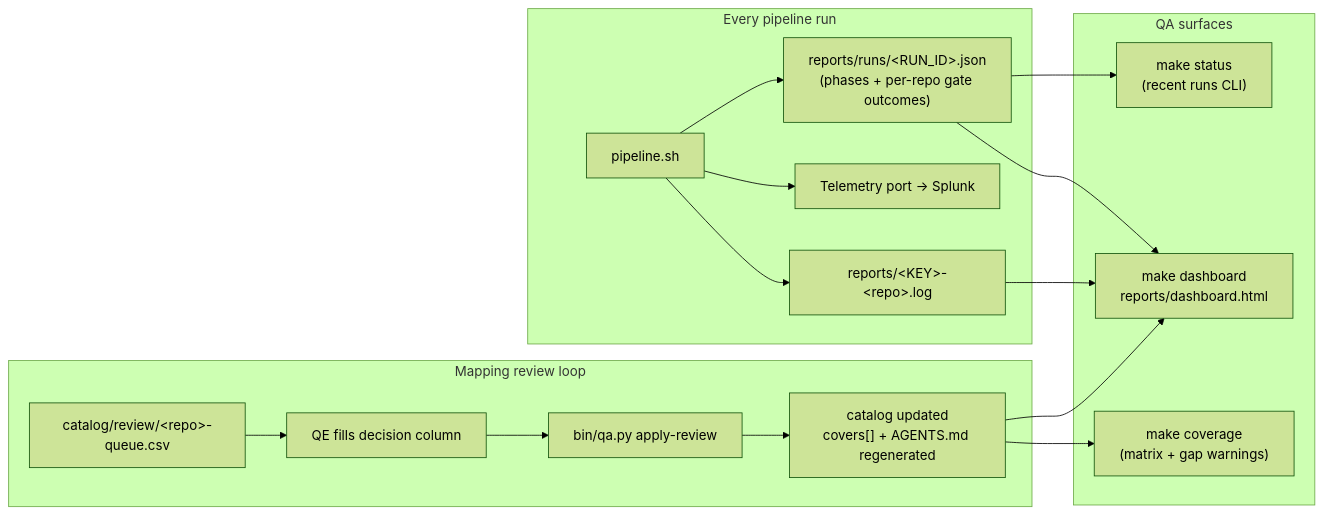
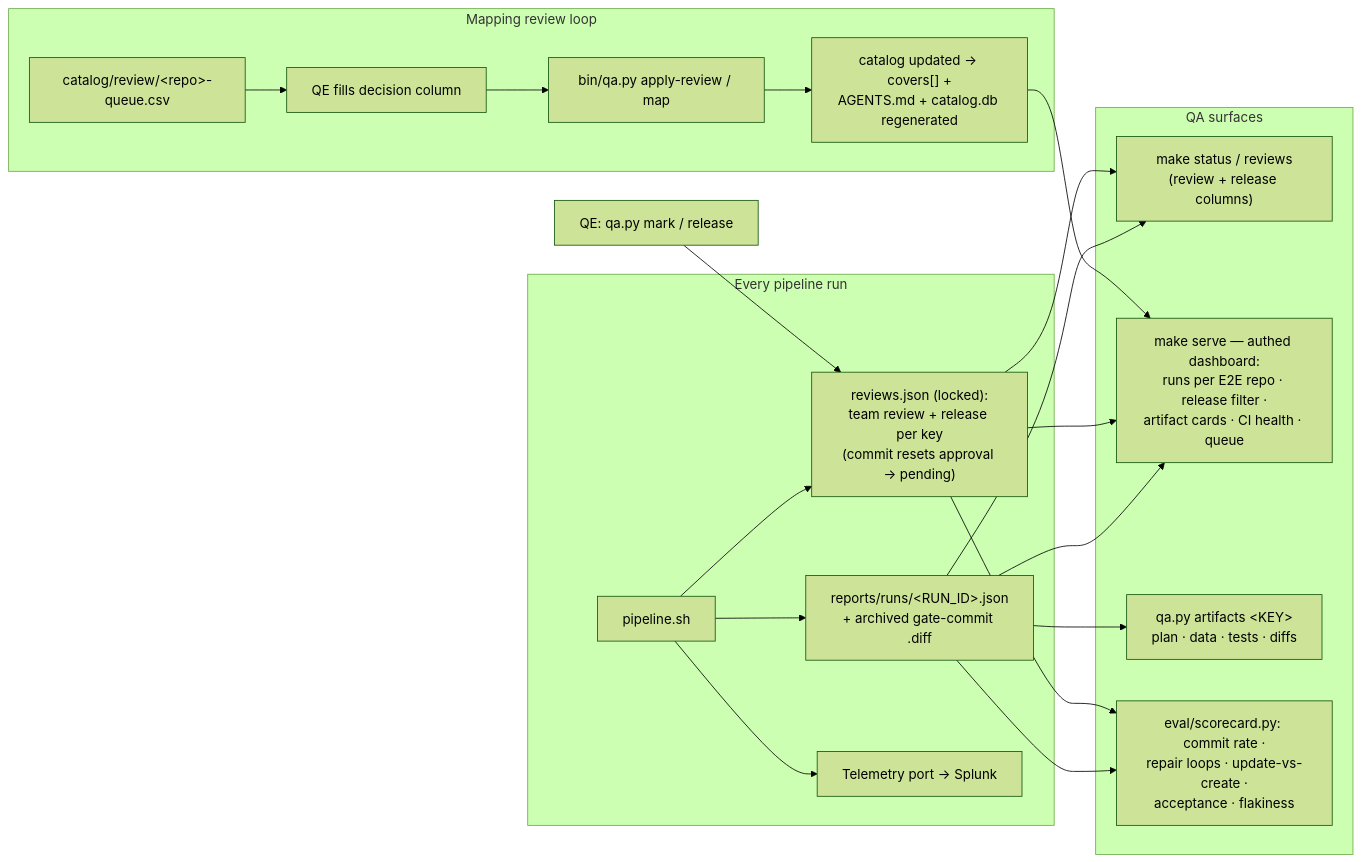
One commit to anandtopu/auto-tests-gen changed the tenth of 11 diagrams in docs/diagrams.md. Above: the diagram before and after it, drawn with Mermaid (forest theme). The commit also changed other lines of this file and 3 other files, not shown here.

First line of the commit message:
docs: bring documentation + architecture diagrams current with all shipped features

````diff
--- a/docs/diagrams.md
+++ b/docs/diagrams.md
@@ -224,27 +248,32 @@
 ```mermaid
 flowchart LR
     subgraph RUNTIME["Every pipeline run"]
-        P["pipeline.sh"] --> RR["reports/runs/&lt;RUN_ID&gt;.json<br/>(phases + per-repo gate outcomes)"]
+        P["pipeline.sh"] --> RR["reports/runs/&lt;RUN_ID&gt;.json<br/>+ archived gate-commit .diff"]
+        P --> RS["reviews.json (locked):<br/>team review + release per key<br/>(commit resets approval → pending)"]
         P --> TEL["Telemetry port → Splunk"]
-        P --> LOGS["reports/&lt;KEY&gt;-&lt;repo&gt;.log"]
     end
 
     subgraph SURFACES["QA surfaces"]
-        ST["make status<br/>(recent runs CLI)"]
-        DB["make dashboard<br/>reports/dashboard.html"]
-        CV["make coverage<br/>(matrix + gap warnings)"]
+        ST["make status / reviews<br/>(review + release columns)"]
+        DB["make serve — authed dashboard:<br/>runs per E2E repo · release filter ·<br/>artifact cards · CI health · queue"]
+        AR["qa.py artifacts &lt;KEY&gt;<br/>plan · data · tests · diffs"]
+        SC["eval/scorecard.py: commit rate ·<br/>repair loops · update-vs-create ·<br/>acceptance · flakiness"]
     end
 
     RR --> ST
     RR --> DB
-    LOGS --> DB
+    RR --> AR
+    RR --> SC
+    RS --> ST
+    RS --> DB
+    RS --> SC
+    TEAM["QE: qa.py mark / release"] --> RS
 
     subgraph REVIEW["Mapping review loop"]
         Q1["catalog/review/&lt;repo&gt;-queue.csv"] --> Q2["QE fills decision column"]
-        Q2 --> Q3["bin/qa.py apply-review"]
-        Q3 --> Q4["catalog updated<br/>covers[] + AGENTS.md regenerated"]
+        Q2 --> Q3["bin/qa.py apply-review / map"]
+        Q3 --> Q4["catalog updated → covers[] +<br/>AGENTS.md + catalog.db regenerated"]
     end
 
-    Q4 --> CV
     Q4 --> DB
 ```
````
